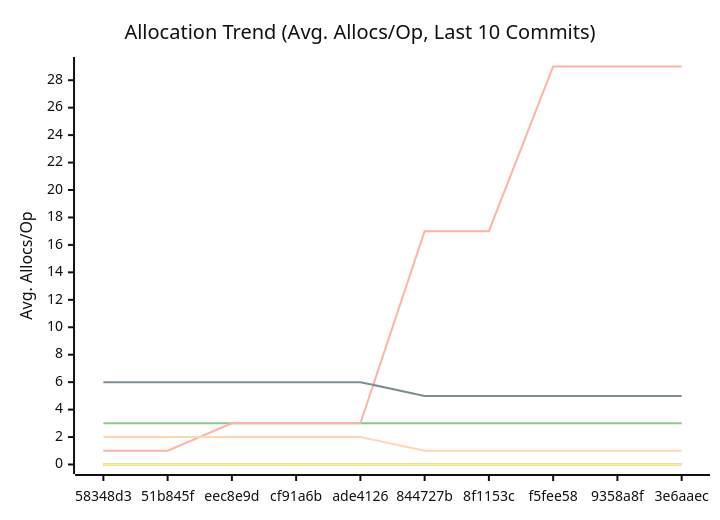
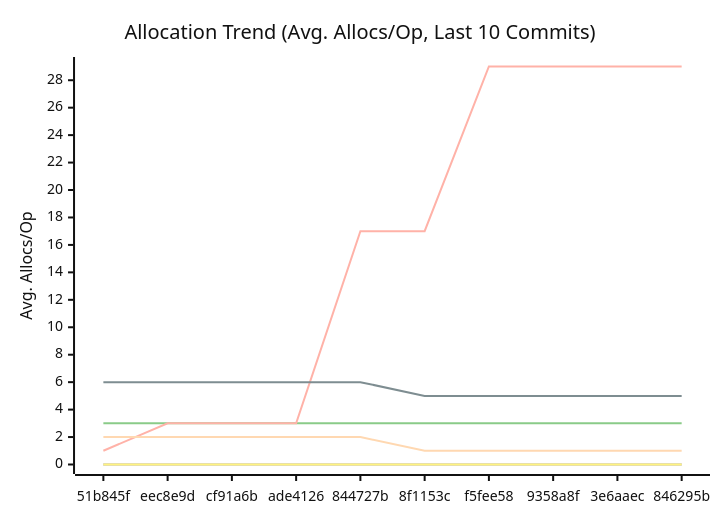
The third of 3 diagrams in docs/PERFORMANCE.md (alsotoes/momo), drawn with Mermaid (neutral theme) before and after one commit. The commit also changed other lines of this file and 2 other files, not shown here.

````diff
--- a/docs/PERFORMANCE.md
+++ b/docs/PERFORMANCE.md
@@ -114,16 +114,16 @@
 ```mermaid
 xychart-beta
     title "Allocation Trend (Avg. Allocs/Op, Last 10 Commits)"
     x-axis "Commit"
     y-axis "Avg. Allocs/Op"
-    x-axis [58348d3,51b845f,eec8e9d,cf91a6b,ade4126,844727b,8f1153c,f5fee58,9358a8f,3e6aaec]
+    x-axis [51b845f,eec8e9d,cf91a6b,ade4126,844727b,8f1153c,f5fee58,9358a8f,3e6aaec,846295b]
     line "CheckMetricsAndSwap" [0,0,0,0,0,0,0,0,0,0]
     line "CrushOptimized" [0,0,0,0,0,0,0,0,0,0]
     line "CrushOriginal" [3,3,3,3,3,3,3,3,3,3]
     line "IndexDirectTracking" [0,0,0,0,0,0,0,0,0,0]
     line "IndexSearch" [0,0,0,0,0,0,0,0,0,0]
-    line "LoadGlobalConfig" [1,1,3,3,3,17,17,29,29,29]
+    line "LoadGlobalConfig" [1,3,3,3,17,17,29,29,29,29]
     line "PadString" [0,0,0,0,0,0,0,0,0,0]
     line "ParseReplicationOrder_NoPrealloc" [6,6,6,6,6,5,5,5,5,5]
     line "ParseReplicationOrder_Prealloc" [2,2,2,2,2,1,1,1,1,1]
 ```
````
